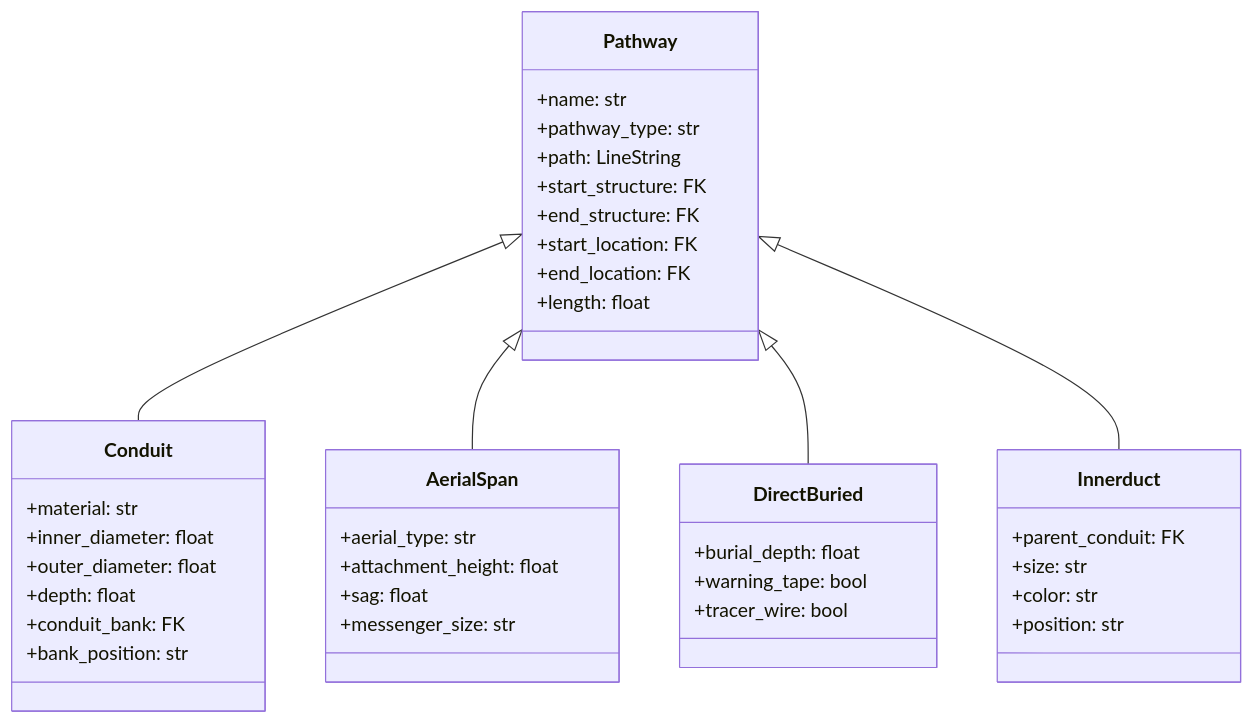
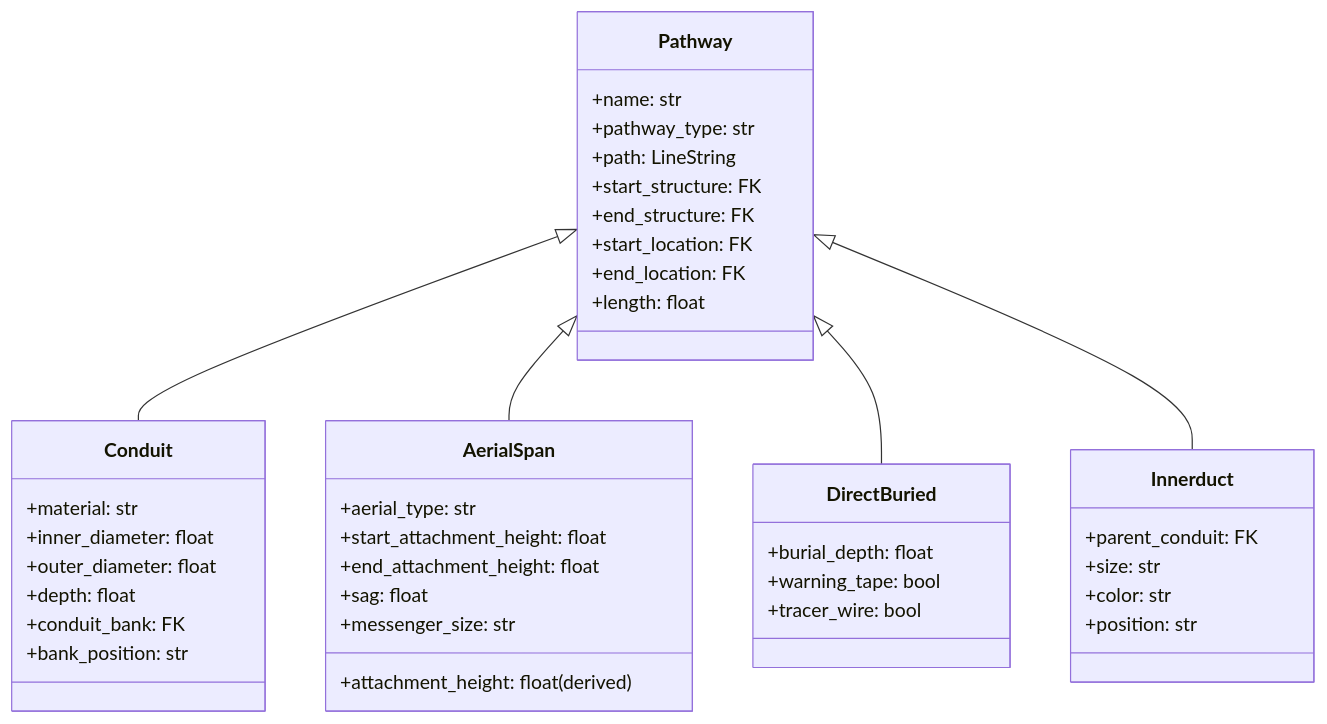
One commit to jsenecal/netbox-pathways changed the diagram in docs/developer/architecture.md. Above: the diagram before and after it, drawn with Mermaid. The commit also changed 1 other file, not shown here.

Commit message:
docs(aerial-span): document per-side attachment heights and CSV breaking change

````diff
--- a/docs/developer/architecture.md
+++ b/docs/developer/architecture.md
@@ -59,42 +59,44 @@
 ```mermaid
 classDiagram
     class Pathway {
         +name: str
         +pathway_type: str
         +path: LineString
         +start_structure: FK
         +end_structure: FK
         +start_location: FK
         +end_location: FK
         +length: float
     }
     class Conduit {
         +material: str
         +inner_diameter: float
         +outer_diameter: float
         +depth: float
         +conduit_bank: FK
         +bank_position: str
     }
     class AerialSpan {
         +aerial_type: str
-        +attachment_height: float
+        +start_attachment_height: float
+        +end_attachment_height: float
+        +attachment_height: float (derived)
         +sag: float
         +messenger_size: str
     }
     class DirectBuried {
         +burial_depth: float
         +warning_tape: bool
         +tracer_wire: bool
     }
     class Innerduct {
         +parent_conduit: FK
         +size: str
         +color: str
         +position: str
     }
     Pathway <|-- Conduit
     Pathway <|-- AerialSpan
     Pathway <|-- DirectBuried
     Pathway <|-- Innerduct
 ```
````
